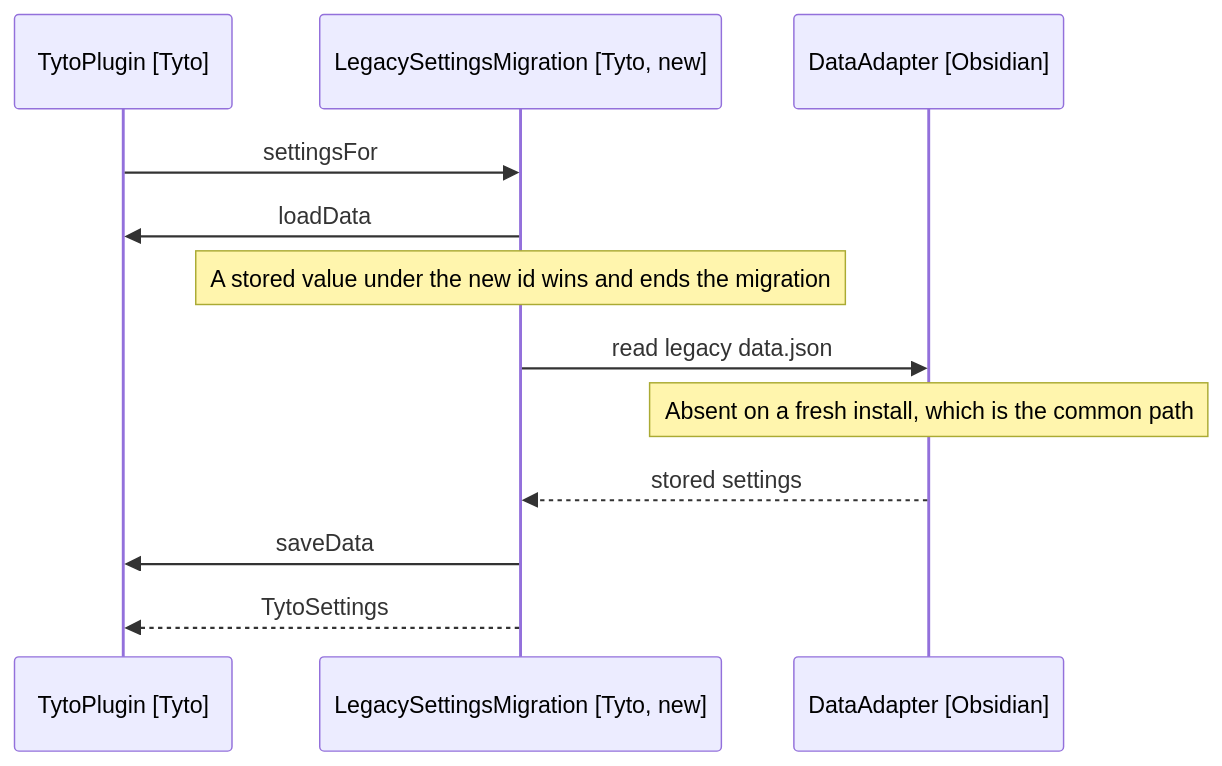
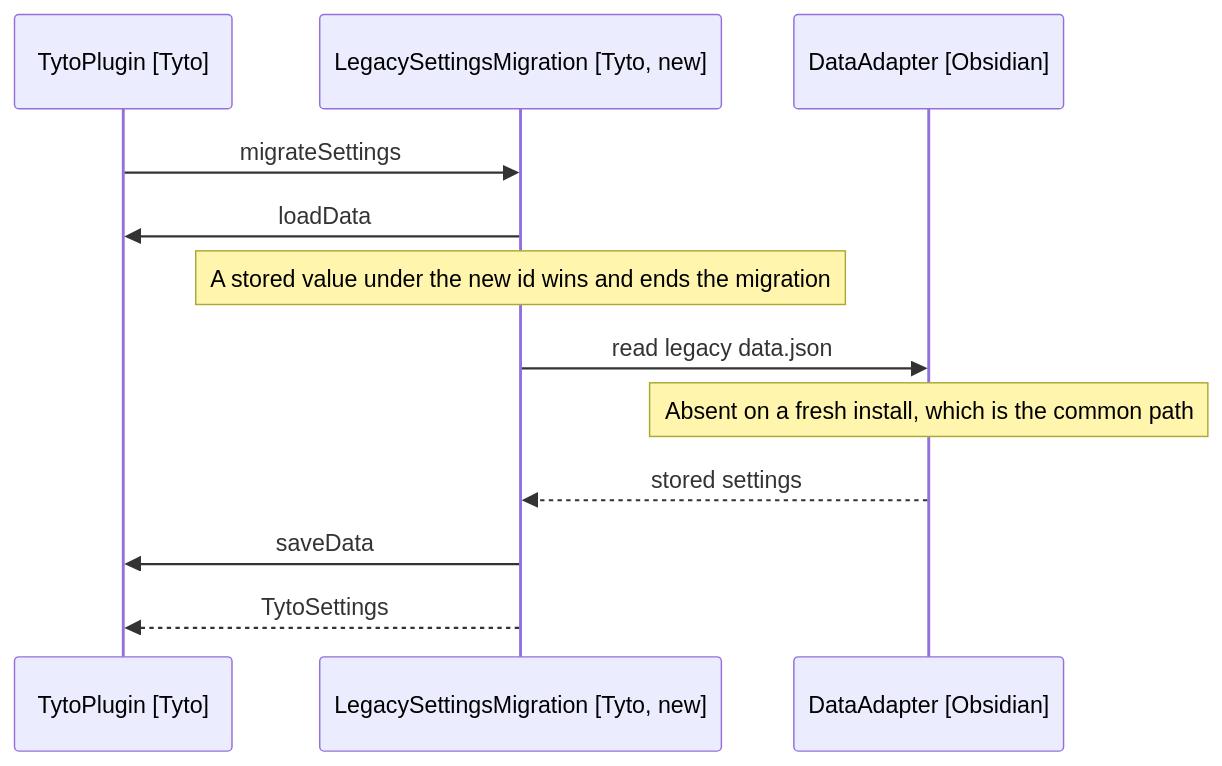
The diagram in docs/spec/2-active/2026-09-11b-community-plugin-submission/4-design/2-id-and-migration.md (iparips/obsidian-tyto), drawn with Mermaid before and after one commit. The commit also changed other lines of this file and 7 other files, not shown here.

First line of the commit message:
Migrate settings across the id change

````diff
--- a/docs/spec/2-active/2026-09-11b-community-plugin-submission/4-design/2-id-and-migration.md
+++ b/docs/spec/2-active/2026-09-11b-community-plugin-submission/4-design/2-id-and-migration.md
@@ -91,15 +96,15 @@
 ```mermaid
 sequenceDiagram
     participant Plugin as TytoPlugin [Tyto]
     participant Migration as LegacySettingsMigration [Tyto, new]
     participant Adapter as DataAdapter [Obsidian]
 
-    Plugin->>Migration: settingsFor
+    Plugin->>Migration: migrateSettings
     Migration->>Plugin: loadData
     Note over Migration: A stored value under the new id wins and ends the migration
     Migration->>Adapter: read legacy data.json
     Note over Adapter: Absent on a fresh install, which is the common path
     Adapter-->>Migration: stored settings
     Migration->>Plugin: saveData
     Migration-->>Plugin: TytoSettings
 ```
````
